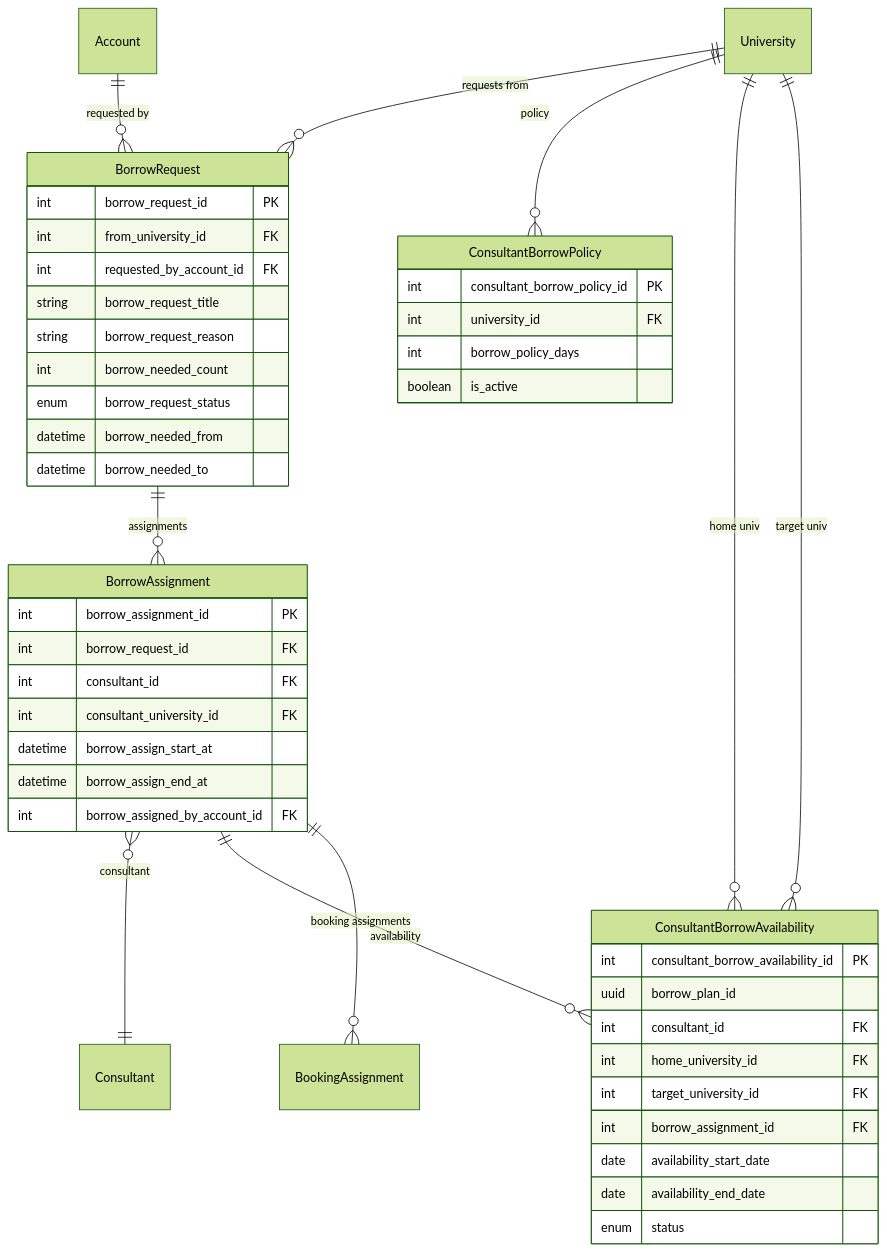
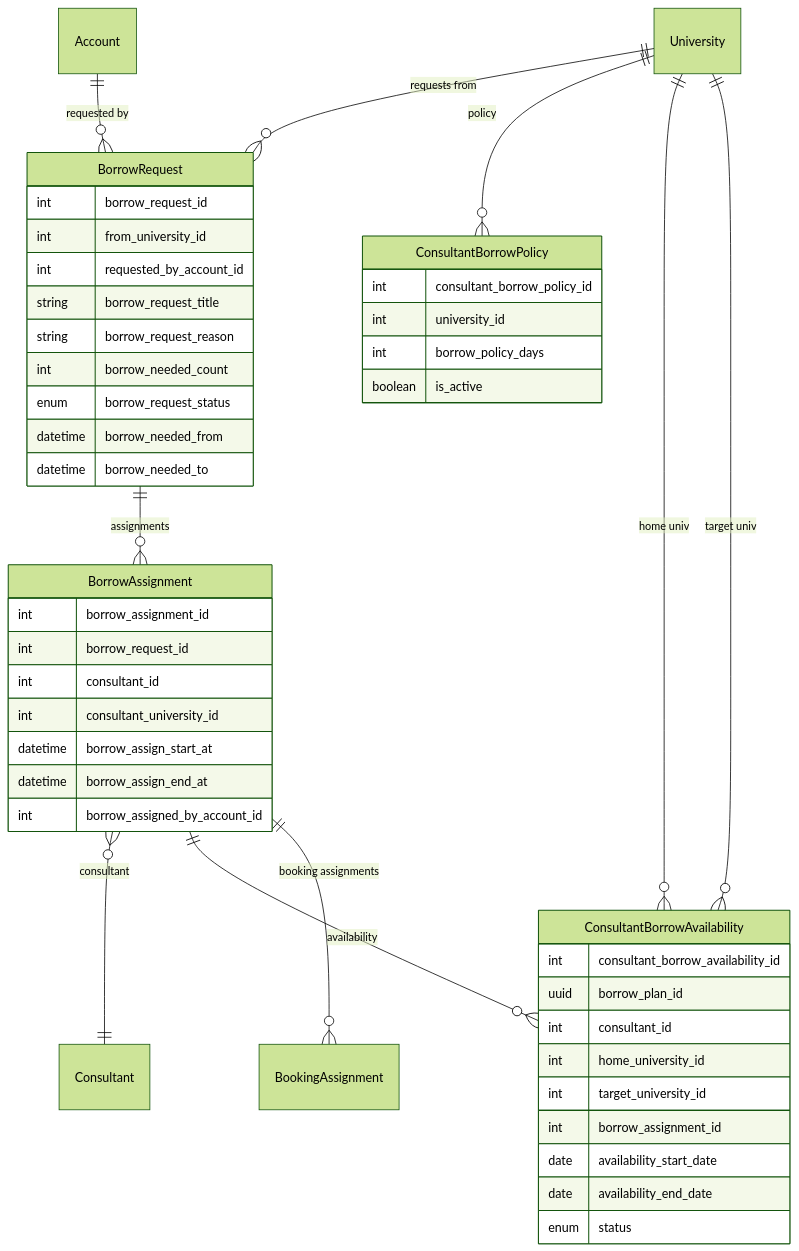
Before and after one commit to BeelzebubCode/wellness-demo1: the ninth of 12 diagrams in prisma/README.md, drawn with Mermaid (forest theme). The commit also changed other lines of this file, not shown here.

Commit message:
fix: remove PK/FK annotations from Mermaid ERD for GitHub compatibility

````diff
--- a/prisma/README.md
+++ b/prisma/README.md
@@ -551,53 +551,53 @@
 ```mermaid
 erDiagram
     University ||--o{ BorrowRequest : "requests from"
     Account ||--o{ BorrowRequest : "requested by"
     BorrowRequest ||--o{ BorrowAssignment : "assignments"
     BorrowAssignment }o--|| Consultant : "consultant"
     BorrowAssignment ||--o{ ConsultantBorrowAvailability : "availability"
     BorrowAssignment ||--o{ BookingAssignment : "booking assignments"
     ConsultantBorrowAvailability }o--|| University : "home univ"
     ConsultantBorrowAvailability }o--|| University : "target univ"
     University ||--o{ ConsultantBorrowPolicy : "policy"
 
     BorrowRequest {
-        int borrow_request_id PK
-        int from_university_id FK
-        int requested_by_account_id FK
+        int borrow_request_id
+        int from_university_id
+        int requested_by_account_id
         string borrow_request_title
         string borrow_request_reason
         int borrow_needed_count
         enum borrow_request_status
         datetime borrow_needed_from
         datetime borrow_needed_to
     }
 
     BorrowAssignment {
-        int borrow_assignment_id PK
-        int borrow_request_id FK
-        int consultant_id FK
-        int consultant_university_id FK
+        int borrow_assignment_id
+        int borrow_request_id
+        int consultant_id
+        int consultant_university_id
         datetime borrow_assign_start_at
         datetime borrow_assign_end_at
-        int borrow_assigned_by_account_id FK
+        int borrow_assigned_by_account_id
     }
 
     ConsultantBorrowAvailability {
-        int consultant_borrow_availability_id PK
+        int consultant_borrow_availability_id
         uuid borrow_plan_id
-        int consultant_id FK
-        int home_university_id FK
-        int target_university_id FK
-        int borrow_assignment_id FK
+        int consultant_id
+        int home_university_id
+        int target_university_id
+        int borrow_assignment_id
         date availability_start_date
         date availability_end_date
         enum status
     }
 
     ConsultantBorrowPolicy {
-        int consultant_borrow_policy_id PK
-        int university_id FK
+        int consultant_borrow_policy_id
+        int university_id
         int borrow_policy_days
         boolean is_active
     }
 ```
````
